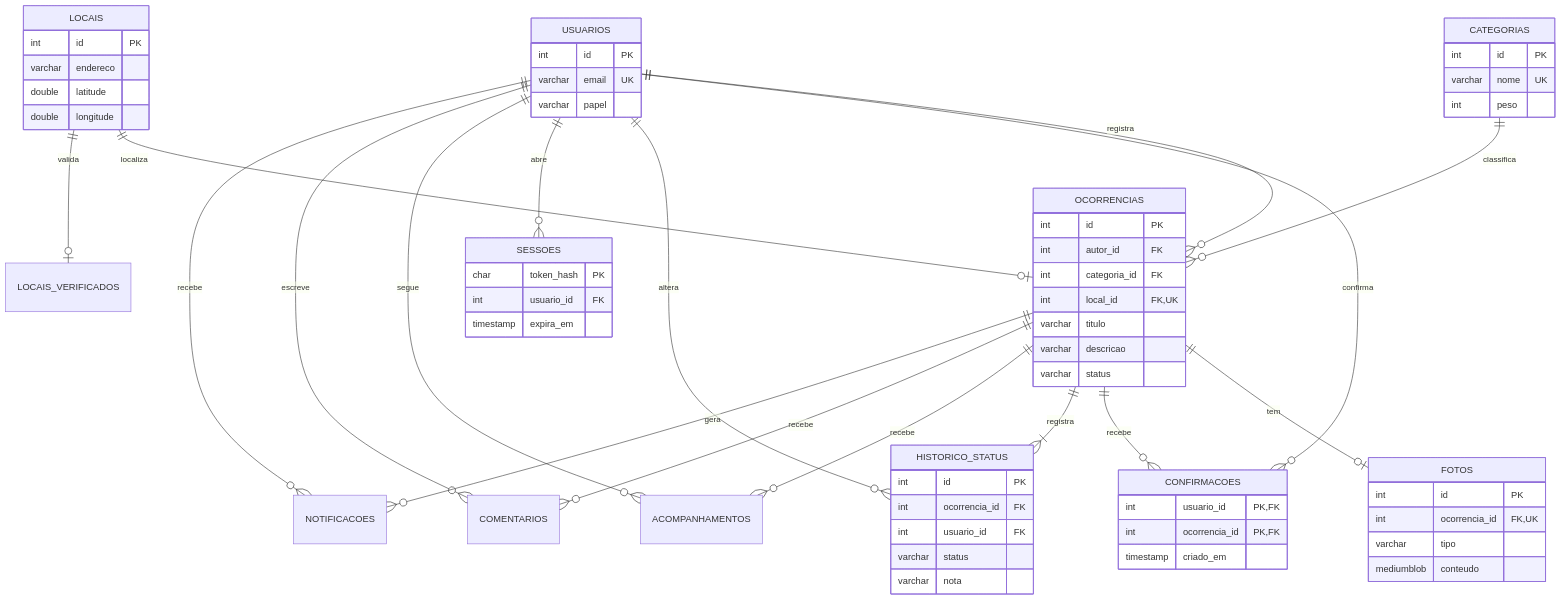
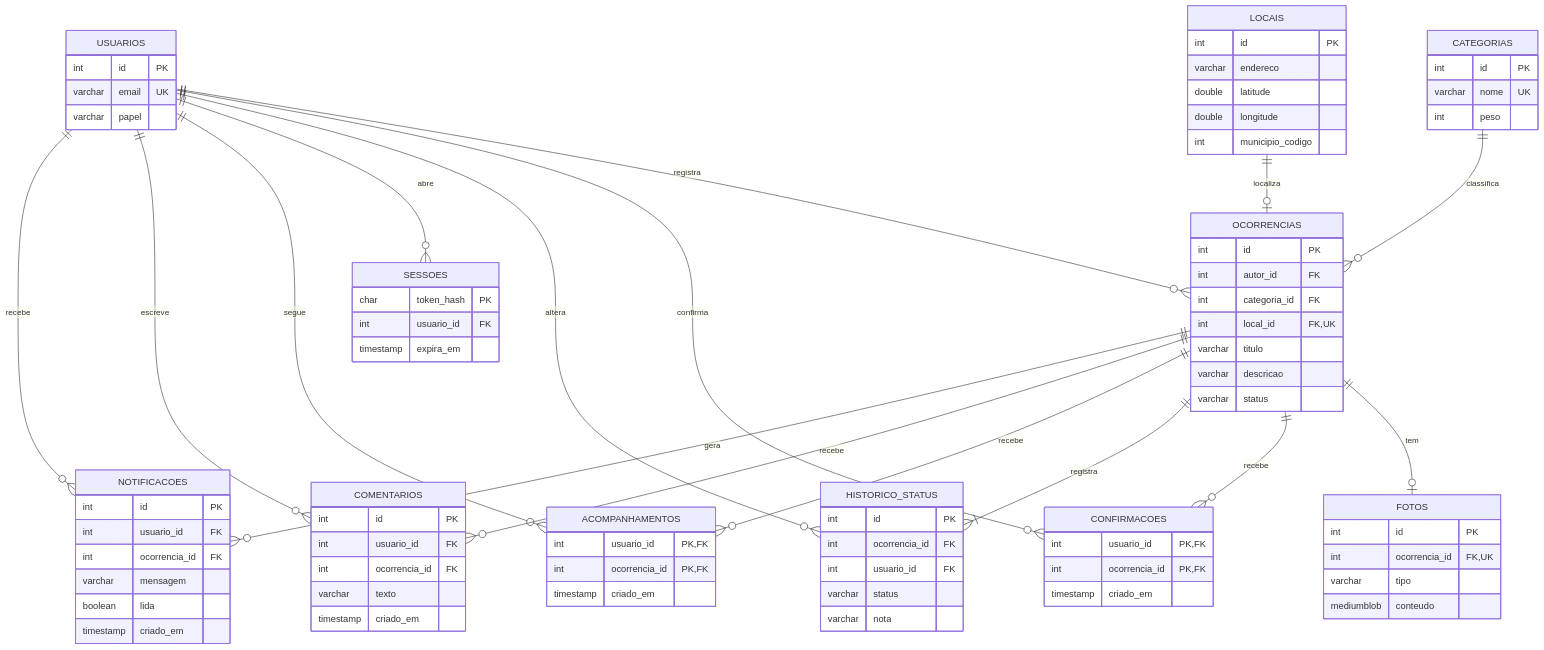
One commit to guilhermefbento/cidade-viva changed the diagram in docs/DER.md. Above: the diagram before and after it, drawn with Mermaid. The commit also changed other lines of this file and 1 other file, not shown here.

Commit message:
Atualiza a documentação e o diagrama do banco

```diff
--- a/docs/DER.md
+++ b/docs/DER.md
@@ -13,7 +15,6 @@
     OCORRENCIAS ||--|{ HISTORICO_STATUS : registra
     USUARIOS ||--o{ HISTORICO_STATUS : altera
     USUARIOS ||--o{ SESSOES : abre
-    LOCAIS ||--o| LOCAIS_VERIFICADOS : valida
     OCORRENCIAS ||--o{ ACOMPANHAMENTOS : recebe
     USUARIOS ||--o{ ACOMPANHAMENTOS : segue
     OCORRENCIAS ||--o{ COMENTARIOS : recebe
@@ -35,6 +36,7 @@
       varchar endereco
       double latitude
       double longitude
+      int municipio_codigo
     }
     OCORRENCIAS {
       int id PK
@@ -63,6 +65,26 @@
       varchar status
       varchar nota
     }
+    ACOMPANHAMENTOS {
+      int usuario_id PK,FK
+      int ocorrencia_id PK,FK
+      timestamp criado_em
+    }
+    COMENTARIOS {
+      int id PK
+      int usuario_id FK
+      int ocorrencia_id FK
+      varchar texto
+      timestamp criado_em
+    }
+    NOTIFICACOES {
+      int id PK
+      int usuario_id FK
+      int ocorrencia_id FK
+      varchar mensagem
+      boolean lida
+      timestamp criado_em
+    }
     SESSOES {
       char token_hash PK
       int usuario_id FK
```
